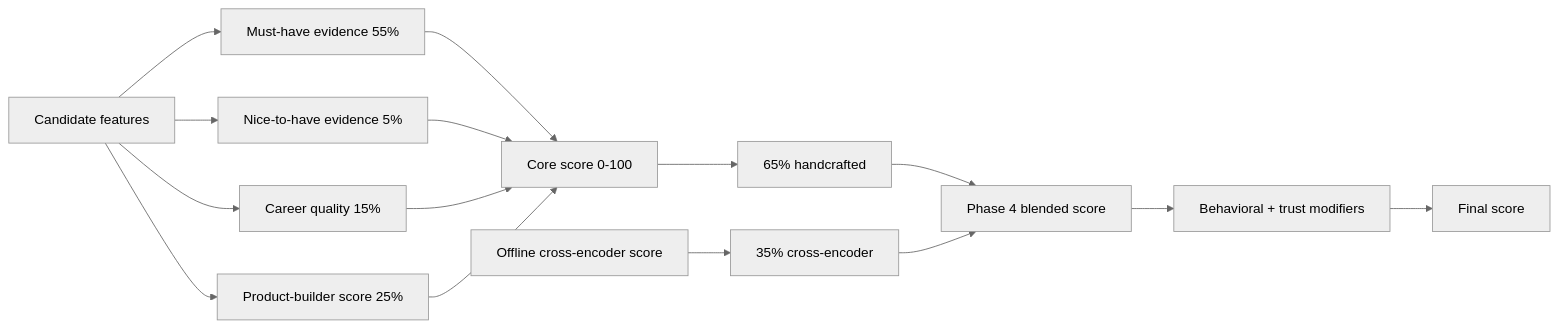
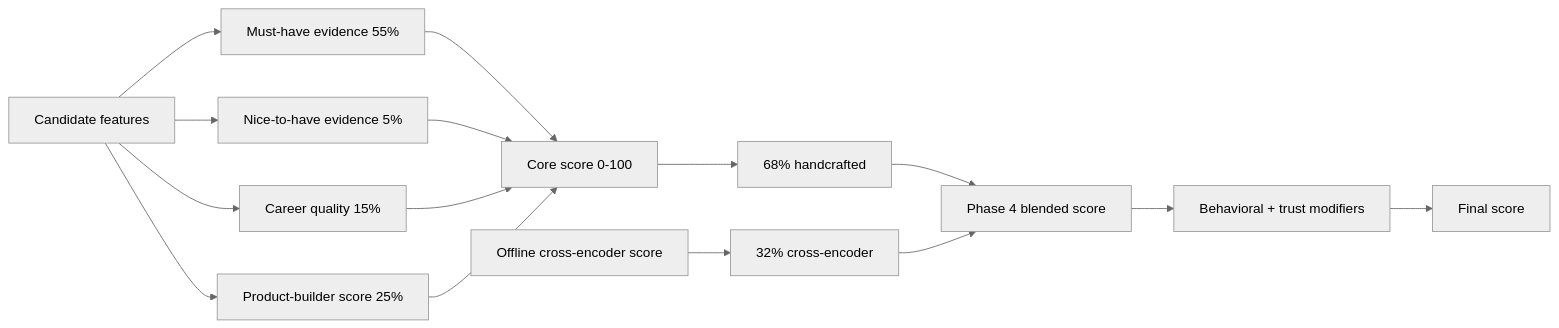
The fourth of 5 diagrams in docs/ARCHITECTURE.md (sathvik1610/evidence-rank), drawn with Mermaid (neutral theme) before and after one commit. The commit also changed other lines of this file and 8 other files, not shown here.

````diff
--- a/docs/ARCHITECTURE.md
+++ b/docs/ARCHITECTURE.md
@@ -233,17 +264,17 @@
 ```mermaid
 flowchart LR
     A["Candidate features"] --> B["Must-have evidence 55%"]
     A --> C["Nice-to-have evidence 5%"]
     A --> D["Career quality 15%"]
     A --> E["Product-builder score 25%"]
     B --> F["Core score 0-100"]
     C --> F
     D --> F
     E --> F
-    F --> G["65% handcrafted"]
-    H["Offline cross-encoder score"] --> I["35% cross-encoder"]
+    F --> G["68% handcrafted"]
+    H["Offline cross-encoder score"] --> I["32% cross-encoder"]
     G --> J["Phase 4 blended score"]
     I --> J
     J --> K["Behavioral + trust modifiers"]
     K --> L["Final score"]
 ```
````
